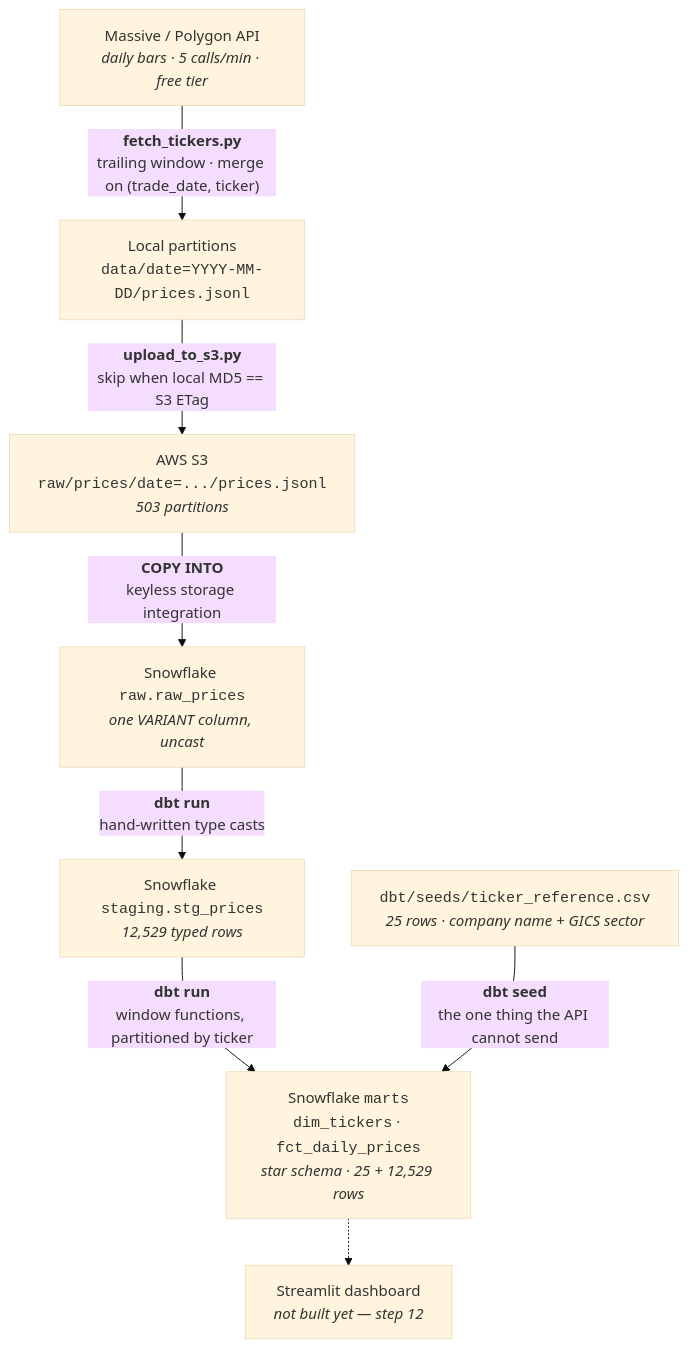
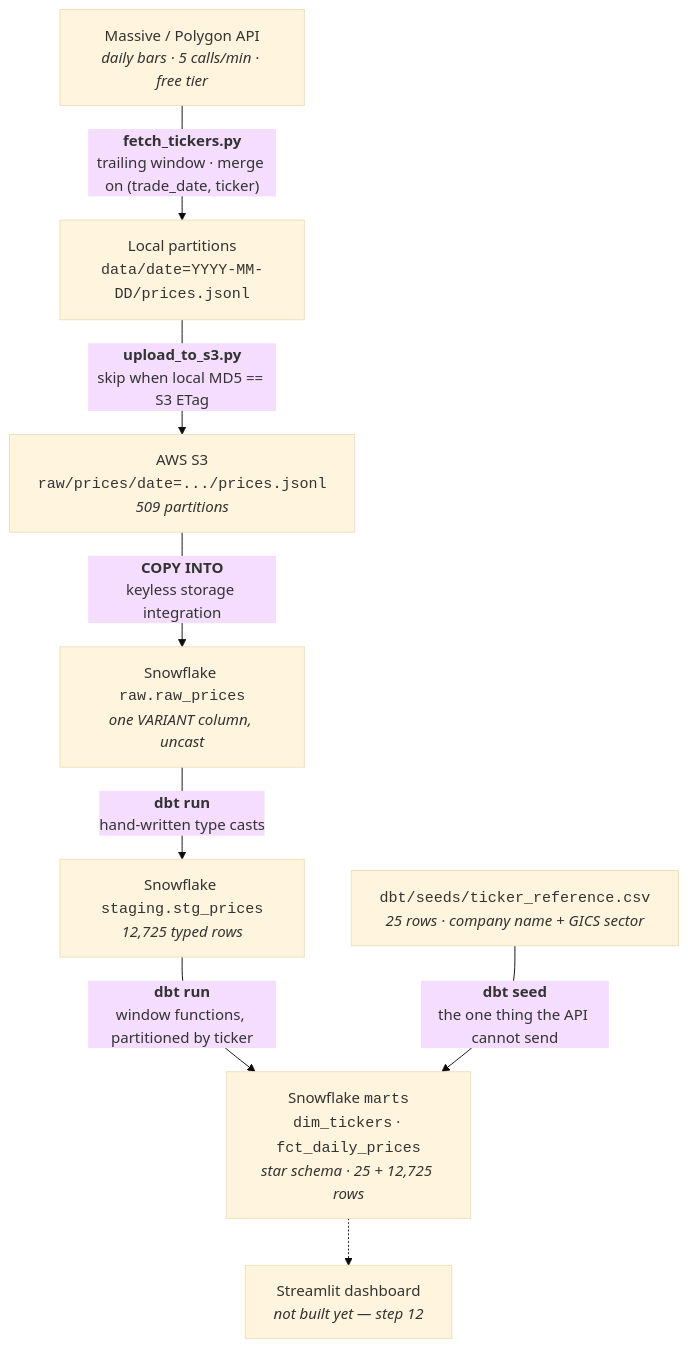
The diagram in README.md (pratik-j-patel/market-data-pipeline), drawn with Mermaid (base theme) before and after one commit. The commit also changed other lines of this file and 8 other files, not shown here.

````diff
--- a/README.md
+++ b/README.md
@@ -31,19 +31,19 @@
 ```mermaid
 flowchart TD
     API["Massive / Polygon API<br/><i>daily bars · 5 calls/min · free tier</i>"]
     LOCAL["Local partitions<br/><code>data/date=YYYY-MM-DD/prices.jsonl</code>"]
-    S3["AWS S3<br/><code>raw/prices/date=.../prices.jsonl</code><br/><i>503 partitions</i>"]
+    S3["AWS S3<br/><code>raw/prices/date=.../prices.jsonl</code><br/><i>509 partitions</i>"]
     RAW["Snowflake <code>raw.raw_prices</code><br/><i>one VARIANT column, uncast</i>"]
-    STG["Snowflake <code>staging.stg_prices</code><br/><i>12,529 typed rows</i>"]
+    STG["Snowflake <code>staging.stg_prices</code><br/><i>12,725 typed rows</i>"]
     SEED["<code>dbt/seeds/ticker_reference.csv</code><br/><i>25 rows · company name + GICS sector</i>"]
-    MARTS["Snowflake <code>marts</code><br/><code>dim_tickers</code> · <code>fct_daily_prices</code><br/><i>star schema · 25 + 12,529 rows</i>"]
+    MARTS["Snowflake <code>marts</code><br/><code>dim_tickers</code> · <code>fct_daily_prices</code><br/><i>star schema · 25 + 12,725 rows</i>"]
     DASH["Streamlit dashboard<br/><i>not built yet — step 12</i>"]
 
     API -->|"<b>fetch_tickers.py</b><br/>trailing window · merge on (trade_date, ticker)"| LOCAL
     LOCAL -->|"<b>upload_to_s3.py</b><br/>skip when local MD5 == S3 ETag"| S3
     S3 -->|"<b>COPY INTO</b><br/>keyless storage integration"| RAW
     RAW -->|"<b>dbt run</b><br/>hand-written type casts"| STG
     STG -->|"<b>dbt run</b><br/>window functions, partitioned by ticker"| MARTS
     SEED -->|"<b>dbt seed</b><br/>the one thing the API cannot send"| MARTS
     MARTS -.-> DASH
 ```
````
